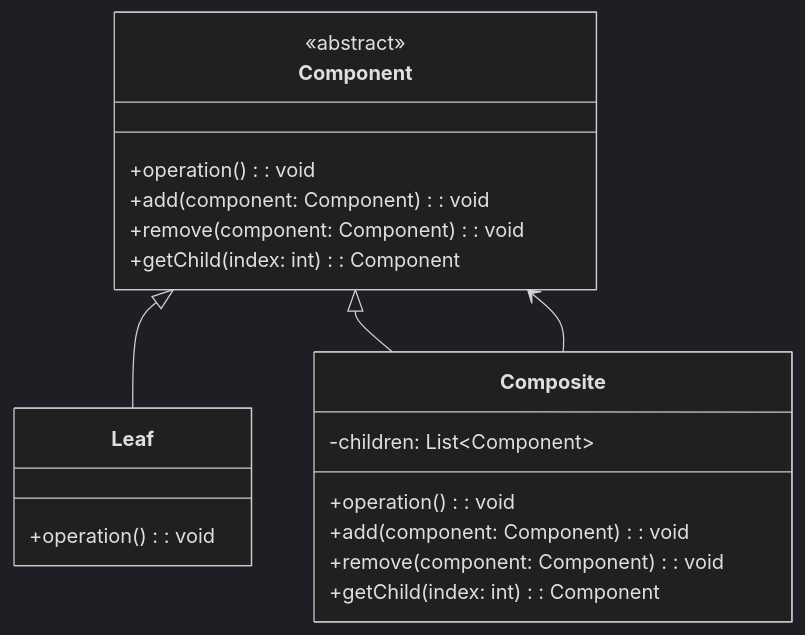
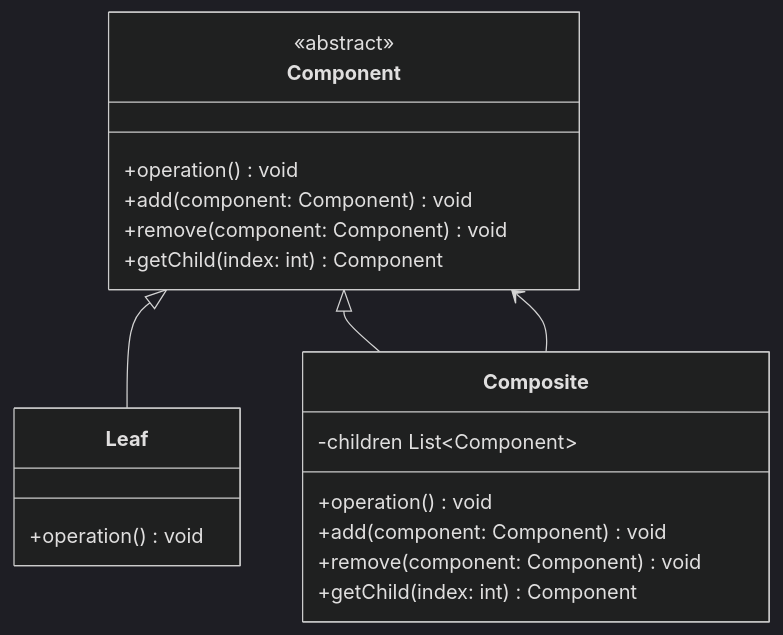
Diagram 13 of 29 in content/posts/教學/分析與設計/Design Pattern教學.md (chihhung/Blog), drawn with Mermaid (dark theme) before and after one commit. The commit also changed other lines of this file and 5 other files, not shown here.

````diff
--- a/content/posts/教學/分析與設計/Design Pattern教學.md
+++ b/content/posts/教學/分析與設計/Design Pattern教學.md
@@ -2449,26 +2449,26 @@
 ```mermaid
 classDiagram
     class Component {
         <<abstract>>
-        +operation(): void
-        +add(component: Component): void
-        +remove(component: Component): void
-        +getChild(index: int): Component
+        +operation() void
+        +add(component: Component) void
+        +remove(component: Component) void
+        +getChild(index: int) Component
     }
     
     class Leaf {
-        +operation(): void
+        +operation() void
     }
     
     class Composite {
-        -children: List~Component~
-        +operation(): void
-        +add(component: Component): void
-        +remove(component: Component): void
-        +getChild(index: int): Component
+        -children List~Component~
+        +operation() void
+        +add(component: Component) void
+        +remove(component: Component) void
+        +getChild(index: int) Component
     }
     
     Component <|-- Leaf
     Component <|-- Composite
     Composite --> Component
 ```
````
